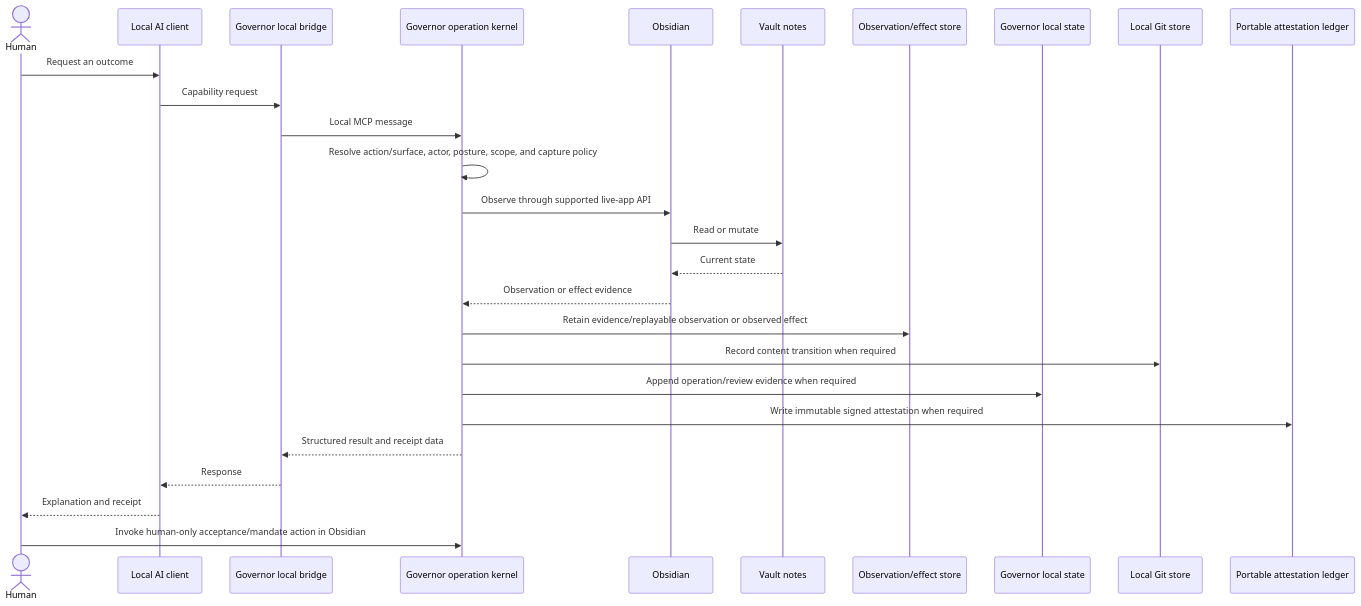
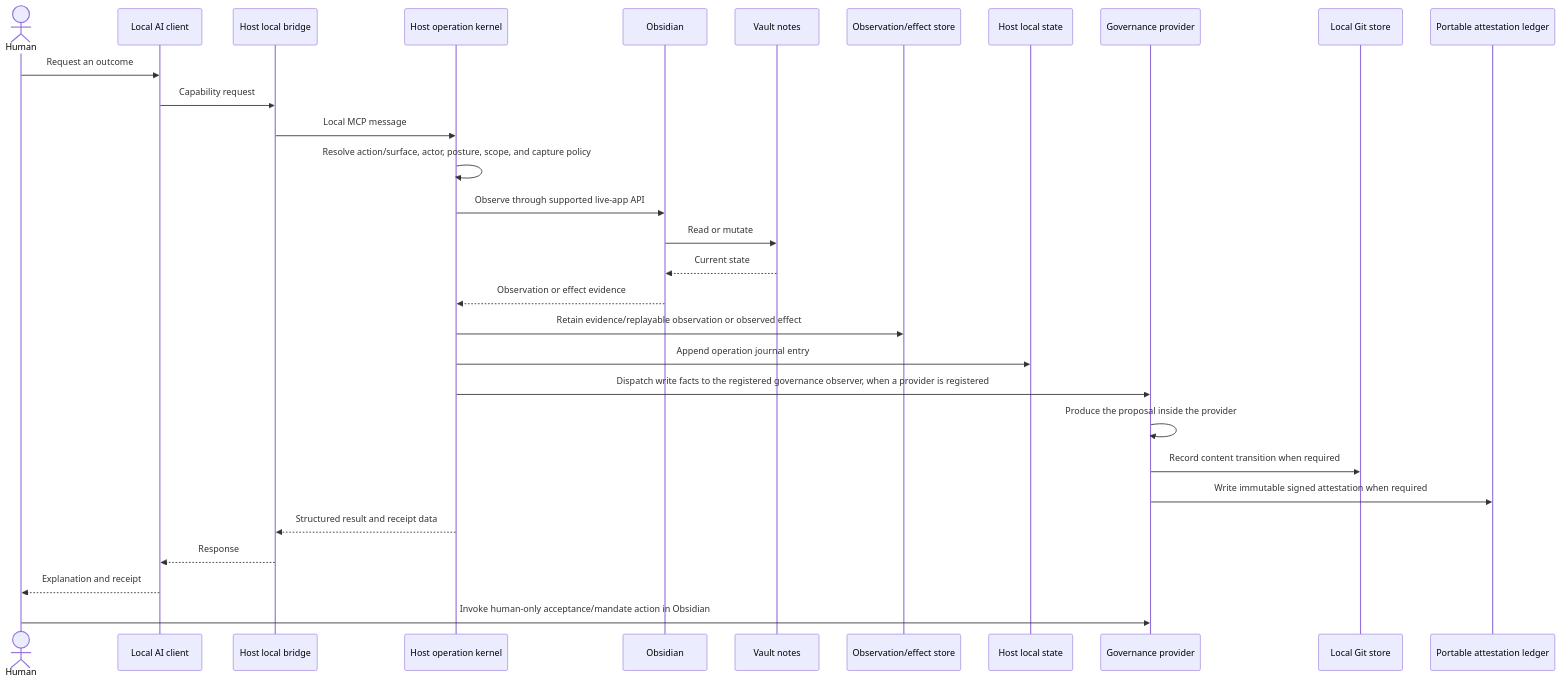
One commit to nelsonlove/obsidian-mcp-suite changed the diagram in docs/data-flow.md. Above: the diagram before and after it, drawn with Mermaid. The commit also changed other lines of this file and 67 other files, not shown here.

````diff
--- a/docs/data-flow.md
+++ b/docs/data-flow.md
@@ -7,30 +7,33 @@
 ```mermaid
 sequenceDiagram
     actor Human
     participant Client as Local AI client
-    participant Bridge as Governor local bridge
-    participant Gov as Governor operation kernel
+    participant Bridge as Host local bridge
+    participant Host as Host operation kernel
     participant Obsidian
     participant Vault as Vault notes
     participant Obs as Observation/effect store
-    participant State as Governor local state
+    participant State as Host local state
+    participant Prov as Governance provider
     participant Git as Local Git store
     participant Ledger as Portable attestation ledger
 
     Human->>Client: Request an outcome
     Client->>Bridge: Capability request
-    Bridge->>Gov: Local MCP message
-    Gov->>Gov: Resolve action/surface, actor, posture, scope, and capture policy
-    Gov->>Obsidian: Observe through supported live-app API
+    Bridge->>Host: Local MCP message
+    Host->>Host: Resolve action/surface, actor, posture, scope, and capture policy
+    Host->>Obsidian: Observe through supported live-app API
     Obsidian->>Vault: Read or mutate
     Vault-->>Obsidian: Current state
-    Obsidian-->>Gov: Observation or effect evidence
-    Gov->>Obs: Retain evidence/replayable observation or observed effect
-    Gov->>Git: Record content transition when required
-    Gov->>State: Append operation/review evidence when required
-    Gov->>Ledger: Write immutable signed attestation when required
-    Gov-->>Bridge: Structured result and receipt data
+    Obsidian-->>Host: Observation or effect evidence
+    Host->>Obs: Retain evidence/replayable observation or observed effect
+    Host->>State: Append operation journal entry
+    Host->>Prov: Dispatch write facts to the registered governance observer, when a provider is registered
+    Prov->>Prov: Produce the proposal inside the provider
+    Prov->>Git: Record content transition when required
+    Prov->>Ledger: Write immutable signed attestation when required
+    Host-->>Bridge: Structured result and receipt data
     Bridge-->>Client: Response
     Client-->>Human: Explanation and receipt
-    Human->>Gov: Invoke human-only acceptance/mandate action in Obsidian
+    Human->>Prov: Invoke human-only acceptance/mandate action in Obsidian
 ```
````
